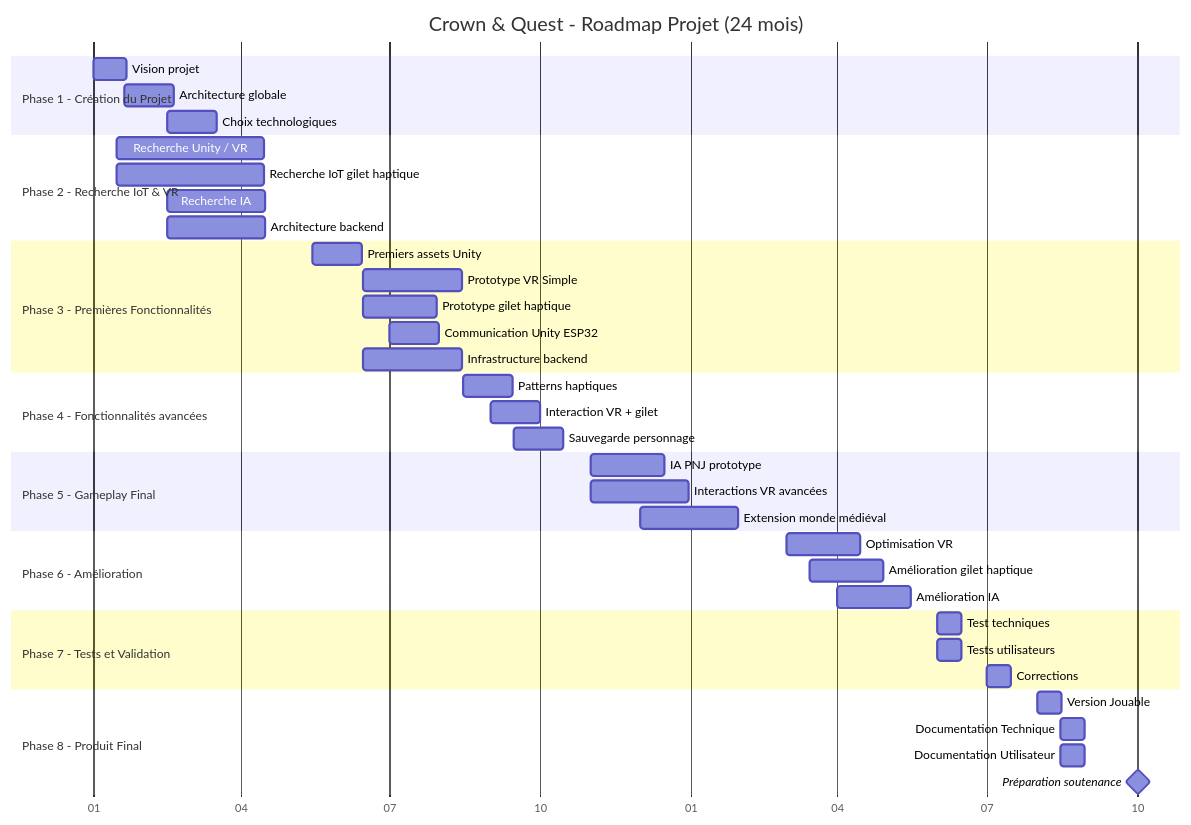
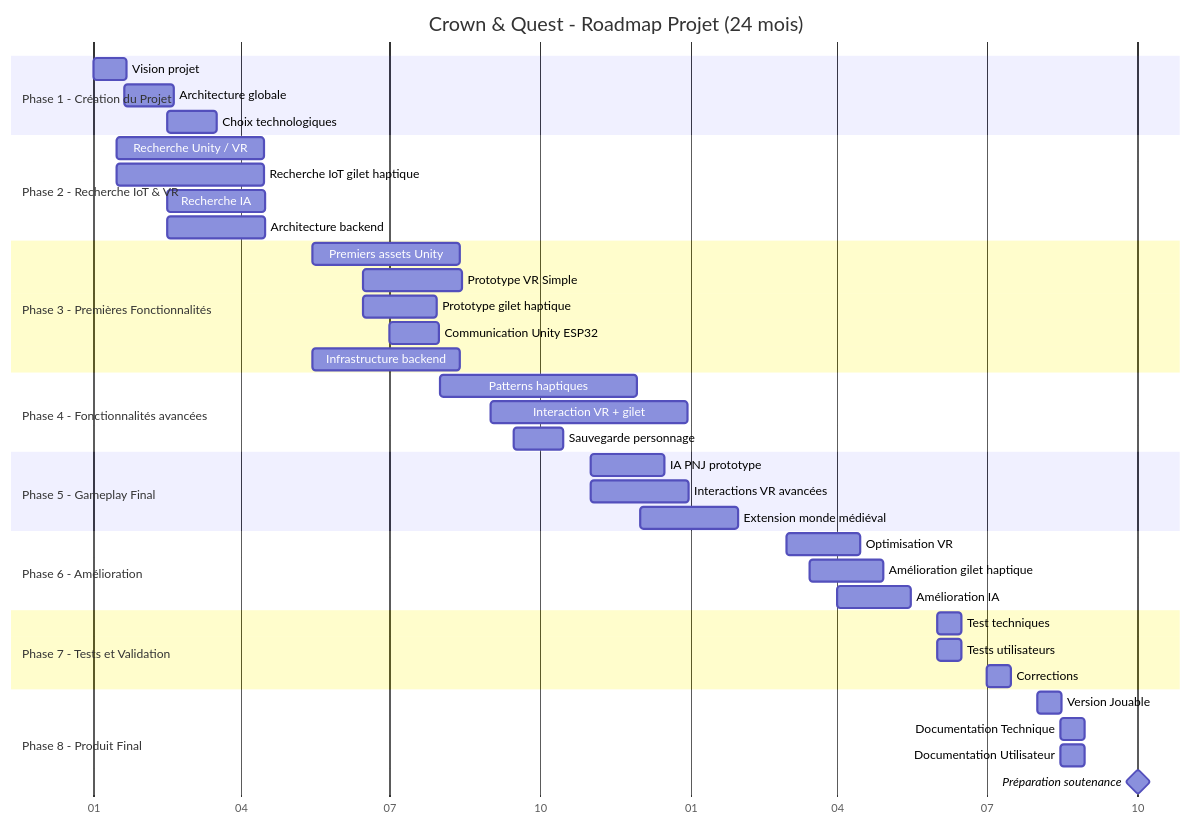
The diagram in docs/Architecture/gantt.md (Crown-Quest/docs), drawn with Mermaid before and after one commit.

Commit message:
doc(gantt): ajust dates 2

````diff
--- a/docs/Architecture/gantt.md
+++ b/docs/Architecture/gantt.md
@@ -1,50 +1,50 @@
 ```mermaid
 gantt
 title Crown & Quest - Roadmap Projet (24 mois)
 dateFormat YYYY-MM-DD
 axisFormat %m
 
 section Phase 1 - Création du Projet
 Vision projet :p1a, 2026-01-01, 20d
 Architecture globale :p1b, 2026-01-20, 30d
 Choix technologiques :p1c, 2026-02-15, 30d
 
 section Phase 2 - Recherche IoT & VR
 Recherche Unity / VR :p2a, 2026-01-15, 90d
 Recherche IoT gilet haptique :p2b, 2026-01-15, 90d
 Recherche IA :p2c, 2026-02-15, 60d
 Architecture backend :p2d, 2026-02-15, 60d
 
 section Phase 3 - Premières Fonctionnalités
-Premiers assets Unity :p3a, 2026-5-15, 30d
+Premiers assets Unity :p3a, 2026-05-15, 90d
 Prototype VR Simple :p3b, 2026-06-15, 60d
 Prototype gilet haptique :p3c, 2026-06-15, 45d
 Communication Unity ESP32 :p3d, 2026-07-01, 30d
-Infrastructure backend :p3e, 2026-06-15, 60d
+Infrastructure backend :p3e, 2026-05-15, 90d
 
 section Phase 4 - Fonctionnalités avancées
-Patterns haptiques :p4a, 2026-08-15, 30d
-Interaction VR + gilet :p4b, 2026-09-01, 30d
+Patterns haptiques :p4a, 2026-08-01, 120d
+Interaction VR + gilet :p4b, 2026-09-01, 120d
 Sauvegarde personnage :p4c, 2026-09-15, 30d
 
 section Phase 5 - Gameplay Final
 IA PNJ prototype :p5a, 2026-11-01, 45d
 Interactions VR avancées :p5b, 2026-11-01, 60d
 Extension monde médiéval :p5c, 2026-12-01, 60d
 
 section Phase 6 - Amélioration
 Optimisation VR :p6a, 2027-03-01, 45d
 Amélioration gilet haptique :p6b, 2027-03-15, 45d
 Amélioration IA :p6c, 2027-04-01, 45d
 
 section Phase 7 - Tests et Validation
 Test techniques: p7a,2027-06-01, 15d
 Tests utilisateurs :p7b, 2027-06-01, 15d
 Corrections :p7c, 2027-07-01, 15d
 
 section Phase 8 - Produit Final
 Version Jouable :p8a, 2027-08-01, 15d
 Documentation Technique :p8b, 2027-08-15, 15d
 Documentation Utilisateur :p8c, 2027-08-15, 15d
 Préparation soutenance :milestone, 2027-10-01, 1d
 ```
````
